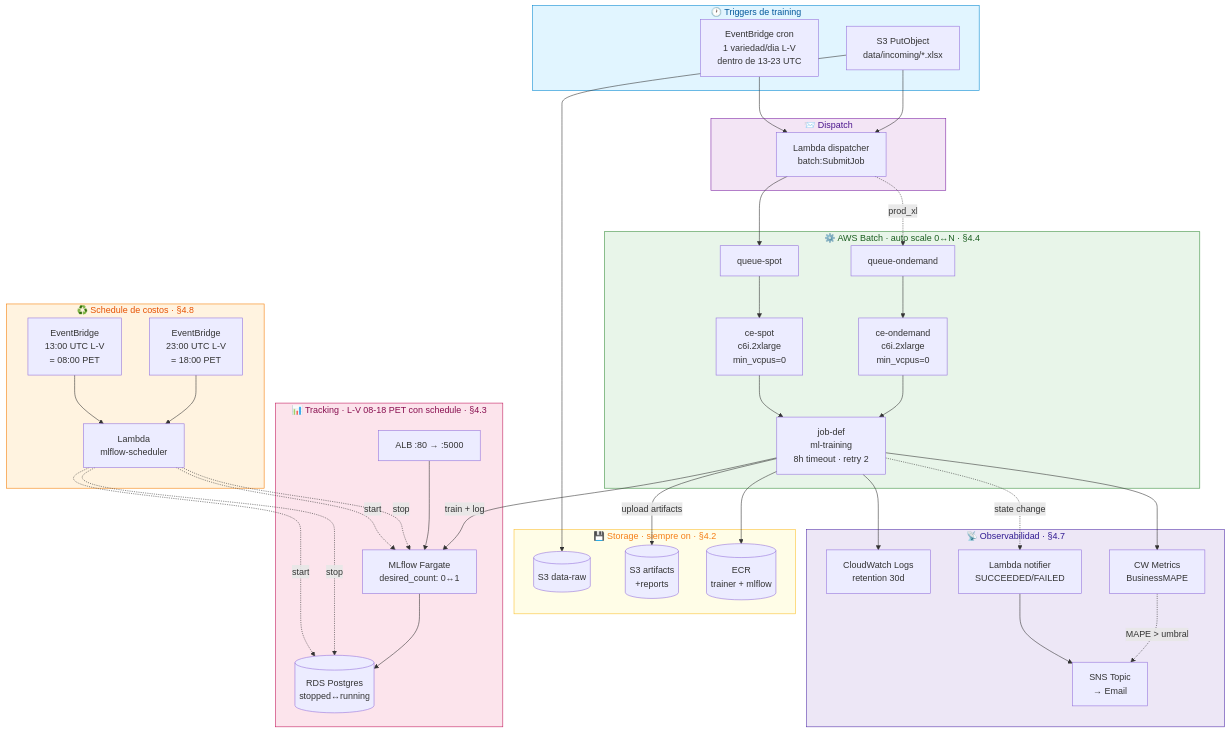
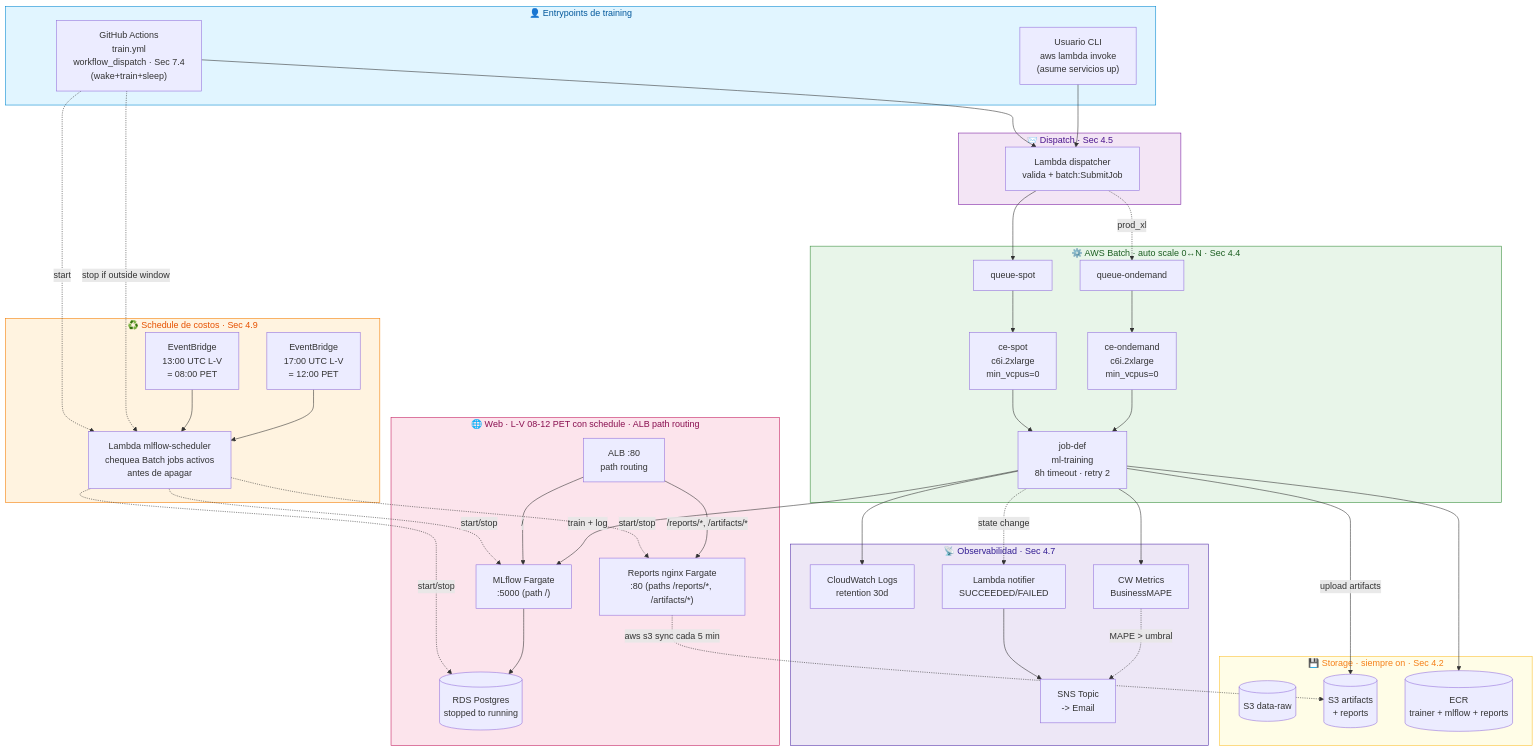
Before and after one commit to abantodca/ml_training: the second of 4 diagrams in GUIA_MLOPS_AWS.md, drawn with Mermaid. The commit also changed other lines of this file and 1 other file, not shown here.

````diff
--- a/GUIA_MLOPS_AWS.md
+++ b/GUIA_MLOPS_AWS.md
@@ -360,31 +419,33 @@
 ```mermaid
 flowchart TB
-    subgraph triggers ["🕐 Triggers de training"]
-        cron[EventBridge cron<br/>1 variedad/dia L-V<br/>dentro de 13-23 UTC]
-        s3up[S3 PutObject<br/>data/incoming/*.xlsx]
+    subgraph entry ["👤 Entrypoints de training"]
+        ghaTrain["GitHub Actions<br/>train.yml<br/>workflow_dispatch · Sec 7.4<br/>(wake+train+sleep)"]
+        userManual["Usuario CLI<br/>aws lambda invoke<br/>(asume servicios up)"]
     end
 
-    subgraph schedule ["♻️ Schedule de costos · §4.8"]
+    subgraph schedule ["♻️ Schedule de costos · Sec 4.9"]
         wake[EventBridge<br/>13:00 UTC L-V<br/>= 08:00 PET]
-        sleep[EventBridge<br/>23:00 UTC L-V<br/>= 18:00 PET]
-        schedlambda[Lambda<br/>mlflow-scheduler]
+        sleep[EventBridge<br/>17:00 UTC L-V<br/>= 12:00 PET]
+        schedlambda["Lambda mlflow-scheduler<br/>chequea Batch jobs activos<br/>antes de apagar"]
     end
 
-    subgraph dispatch ["📨 Dispatch"]
-        dispatcher[Lambda dispatcher<br/>batch:SubmitJob]
+    subgraph dispatch ["📨 Dispatch · Sec 4.5"]
+        dispatcher[Lambda dispatcher<br/>valida + batch:SubmitJob]
     end
 
-    cron --> dispatcher
-    s3up --> dispatcher
+    ghaTrain -.start.-> schedlambda
+    ghaTrain --> dispatcher
+    ghaTrain -.stop if outside window.-> schedlambda
+    userManual --> dispatcher
     wake --> schedlambda
     sleep --> schedlambda
 
-    subgraph batch ["⚙️ AWS Batch · auto scale 0↔N · §4.4"]
+    subgraph batch ["⚙️ AWS Batch · auto scale 0↔N · Sec 4.4"]
         qspot[queue-spot]
         qod[queue-ondemand]
         cespot[ce-spot<br/>c6i.2xlarge<br/>min_vcpus=0]
         ceod[ce-ondemand<br/>c6i.2xlarge<br/>min_vcpus=0]
-        jobdef[job-def<br/>ml-training<br/>8h timeout · retry 2]
+        jobdef["job-def<br/>ml-training<br/>8h timeout · retry 2"]
     end
 
     dispatcher --> qspot
@@ -394,34 +455,35 @@
     cespot --> jobdef
     ceod --> jobdef
 
-    subgraph mlflow ["📊 Tracking · L-V 08-18 PET con schedule · §4.3"]
-        alb["ALB :80 → :5000"]
-        fargate[MLflow Fargate<br/>desired_count: 0↔1]
-        rds[(RDS Postgres<br/>stopped↔running)]
+    subgraph web ["🌐 Web · L-V 08-12 PET con schedule · ALB path routing"]
+        alb["ALB :80<br/>path routing"]
+        fargate["MLflow Fargate<br/>:5000 (path /)"]
+        nginx["Reports nginx Fargate<br/>:80 (paths /reports/*, /artifacts/*)"]
+        rds[("RDS Postgres<br/>stopped to running")]
     end
 
-    schedlambda -.start.-> fargate
-    schedlambda -.start.-> rds
-    schedlambda -.stop.-> fargate
-    schedlambda -.stop.-> rds
-    alb --> fargate
+    schedlambda -.start/stop.-> fargate
+    schedlambda -.start/stop.-> nginx
+    schedlambda -.start/stop.-> rds
+    alb -->|/| fargate
+    alb -->|/reports/*, /artifacts/*| nginx
     fargate --> rds
 
-    subgraph storage ["💾 Storage · siempre on · §4.2"]
+    subgraph storage ["💾 Storage · siempre on · Sec 4.2"]
         s3data[(S3 data-raw)]
-        s3art[(S3 artifacts<br/>+reports)]
-        ecr[(ECR<br/>trainer + mlflow)]
+        s3art[(S3 artifacts<br/>+ reports)]
+        ecr[(ECR<br/>trainer + mlflow + reports)]
     end
 
-    s3up --> s3data
     jobdef --> ecr
     jobdef -->|train + log| fargate
     jobdef -->|upload artifacts| s3art
+    nginx -.aws s3 sync cada 5 min.-> s3art
 
-    subgraph obs ["📡 Observabilidad · §4.7"]
+    subgraph obs ["📡 Observabilidad · Sec 4.7"]
         cwl[CloudWatch Logs<br/>retention 30d]
         cwm[CW Metrics<br/>BusinessMAPE]
-        sns[SNS Topic<br/>→ Email]
+        sns["SNS Topic<br/>-> Email"]
         notif[Lambda notifier<br/>SUCCEEDED/FAILED]
     end
 
@@ -438,11 +500,11 @@
     classDef ml fill:#fce4ec,stroke:#c2185b,color:#880e4f
     classDef stor fill:#fffde7,stroke:#fbc02d,color:#f57f17
     classDef ob fill:#ede7f6,stroke:#512da8,color:#311b92
-    class triggers trig
+    class entry trig
     class schedule sched
     class dispatch disp
     class batch bat
-    class mlflow ml
+    class web ml
     class storage stor
     class obs ob
 ```
````
